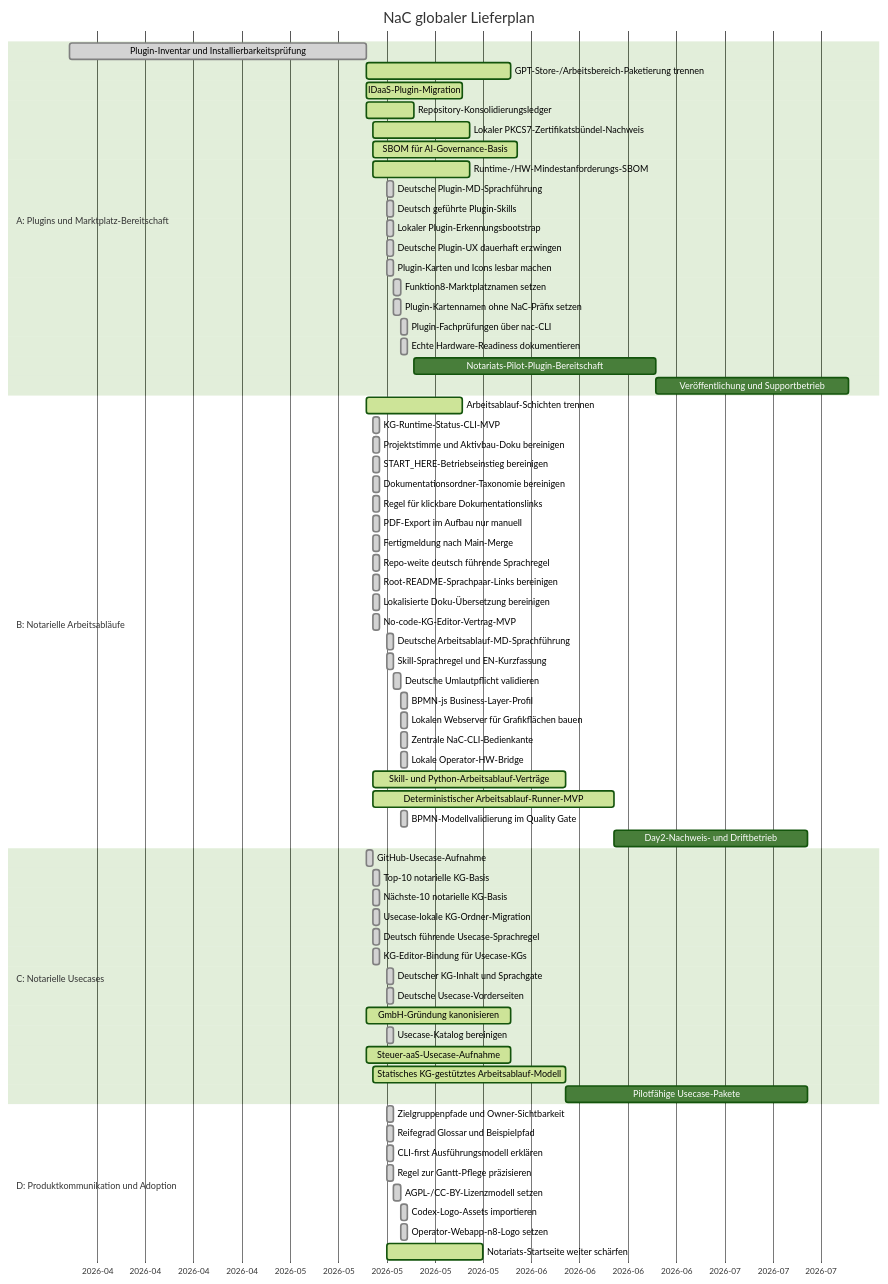
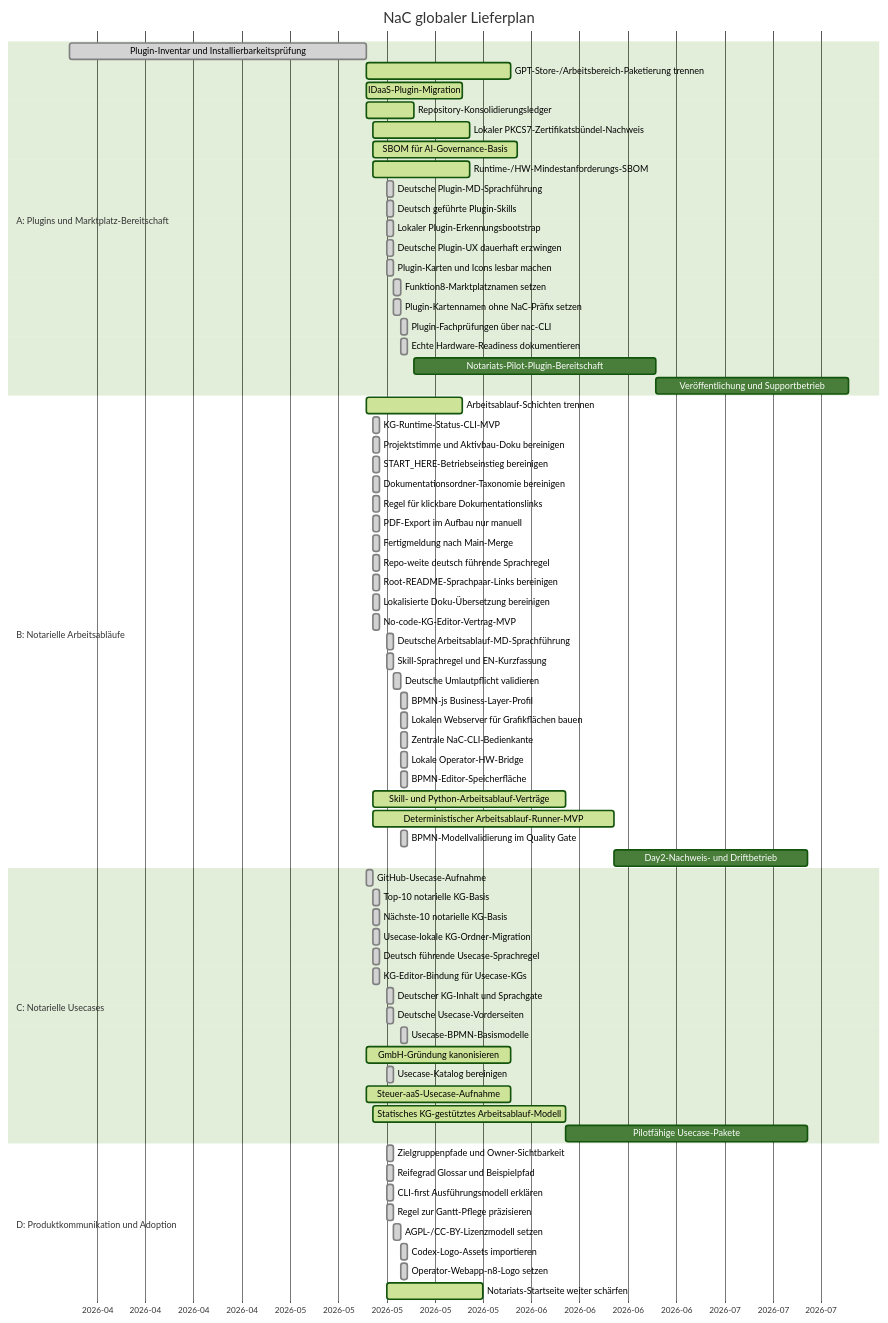
The diagram in roadmap/GANTT.md (notariat8/NaC), drawn with Mermaid (forest theme) before and after one commit. The commit also changed other lines of this file and 43 other files, not shown here.

Commit message:
Add BPMN usecase editor workflow

````diff
--- a/roadmap/GANTT.md
+++ b/roadmap/GANTT.md
@@ -14,76 +14,78 @@
 ```mermaid
 gantt
     title NaC globaler Lieferplan
     dateFormat  YYYY-MM-DD
     axisFormat  %Y-%m
 
     section A: Plugins und Marktplatz-Bereitschaft
     Plugin-Inventar und Installierbarkeitsprüfung :done, a1, 2026-04-01, 2026-05-14
     GPT-Store-/Arbeitsbereich-Paketierung trennen :active, a2, 2026-05-14, 21d
     IDaaS-Plugin-Migration                       :active,  a3, 2026-05-14, 14d
     Repository-Konsolidierungsledger             :active,  a4, 2026-05-14, 7d
     Lokaler PKCS7-Zertifikatsbündel-Nachweis    :active,  a4a, 2026-05-15, 14d
     SBOM für AI-Governance-Basis                :active,  a4b, 2026-05-15, 21d
     Runtime-/HW-Mindestanforderungs-SBOM         :active,  a4c, 2026-05-15, 14d
     Deutsche Plugin-MD-Sprachführung            :done,    a4d, 2026-05-17, 1d
     Deutsch geführte Plugin-Skills              :done,    a4e, 2026-05-17, 1d
     Lokaler Plugin-Erkennungsbootstrap           :done,    a4f, 2026-05-17, 1d
     Deutsche Plugin-UX dauerhaft erzwingen       :done,    a4g, 2026-05-17, 1d
     Plugin-Karten und Icons lesbar machen        :done,    a4h, 2026-05-17, 1d
     Funktion8-Marktplatznamen setzen             :done,    a4i, 2026-05-18, 1d
     Plugin-Kartennamen ohne NaC-Präfix setzen    :done,    a4j, 2026-05-18, 1d
     Plugin-Fachprüfungen über nac-CLI            :done,    a4k, 2026-05-19, 1d
     Echte Hardware-Readiness dokumentieren       :done,    a4l, 2026-05-19, 1d
     Notariats-Pilot-Plugin-Bereitschaft          :         a5, after a4, 35d
     Veröffentlichung und Supportbetrieb         :         a6, after a5, 28d
 
     section B: Notarielle Arbeitsabläufe
     Arbeitsablauf-Schichten trennen              :active,  b1, 2026-05-14, 14d
     KG-Runtime-Status-CLI-MVP                    :done,    b1a, 2026-05-15, 1d
     Projektstimme und Aktivbau-Doku bereinigen   :done,    b1b, 2026-05-15, 1d
     START_HERE-Betriebseinstieg bereinigen       :done,    b1c, 2026-05-15, 1d
     Dokumentationsordner-Taxonomie bereinigen    :done,    b1d, 2026-05-15, 1d
     Regel für klickbare Dokumentationslinks     :done,    b1e, 2026-05-15, 1d
     PDF-Export im Aufbau nur manuell             :done,    b1f, 2026-05-15, 1d
     Fertigmeldung nach Main-Merge                :done,    b1g, 2026-05-15, 1d
     Repo-weite deutsch führende Sprachregel     :done,    b1h, 2026-05-15, 1d
     Root-README-Sprachpaar-Links bereinigen      :done,    b1i, 2026-05-15, 1d
     Lokalisierte Doku-Übersetzung bereinigen    :done,    b1j, 2026-05-15, 1d
     No-code-KG-Editor-Vertrag-MVP                :done,    b1k, 2026-05-15, 1d
     Deutsche Arbeitsablauf-MD-Sprachführung     :done,    b1l, 2026-05-17, 1d
     Skill-Sprachregel und EN-Kurzfassung         :done,    b1m, 2026-05-17, 1d
     Deutsche Umlautpflicht validieren            :done,    b1n, 2026-05-18, 1d
     BPMN-js Business-Layer-Profil                :done,    b1o, 2026-05-19, 1d
     Lokalen Webserver für Grafikflächen bauen   :done,    b1p, 2026-05-19, 1d
     Zentrale NaC-CLI-Bedienkante                 :done,    b1q, 2026-05-19, 1d
     Lokale Operator-HW-Bridge                    :done,    b1r, 2026-05-19, 1d
+    BPMN-Editor-Speicherfläche                   :done,    b1s, 2026-05-19, 1d
     Skill- und Python-Arbeitsablauf-Verträge    :active,  b2, 2026-05-15, 28d
     Deterministischer Arbeitsablauf-Runner-MVP   :active,  b3, 2026-05-15, 35d
     BPMN-Modellvalidierung im Quality Gate       :done,    b3a, 2026-05-19, 1d
     Day2-Nachweis- und Driftbetrieb              :         b4, after b3, 28d
 
     section C: Notarielle Usecases
     GitHub-Usecase-Aufnahme                      :done,    c1, 2026-05-14, 1d
     Top-10 notarielle KG-Basis                   :done,    c2, 2026-05-15, 1d
     Nächste-10 notarielle KG-Basis              :done,    c3, 2026-05-15, 1d
     Usecase-lokale KG-Ordner-Migration           :done,    c3a, 2026-05-15, 1d
     Deutsch führende Usecase-Sprachregel        :done,    c3b, 2026-05-15, 1d
     KG-Editor-Bindung für Usecase-KGs           :done,    c3c, 2026-05-15, 1d
     Deutscher KG-Inhalt und Sprachgate           :done,    c3d, 2026-05-17, 1d
     Deutsche Usecase-Vorderseiten                :done,    c3e, 2026-05-17, 1d
+    Usecase-BPMN-Basismodelle                    :done,    c3f, 2026-05-19, 1d
     GmbH-Gründung kanonisieren                  :active,  c4, 2026-05-14, 21d
     Usecase-Katalog bereinigen                 :done,    c5, 2026-05-17, 1d
     Steuer-aaS-Usecase-Aufnahme                  :active,  c6, 2026-05-14, 21d
     Statisches KG-gestütztes Arbeitsablauf-Modell :active, c7, 2026-05-15, 28d
     Pilotfähige Usecase-Pakete                  :         c8, after c7, 35d
 
     section D: Produktkommunikation und Adoption
     Zielgruppenpfade und Owner-Sichtbarkeit      :done,    d1, 2026-05-17, 1d
     Reifegrad Glossar und Beispielpfad           :done,    d1a, 2026-05-17, 1d
     CLI-first Ausführungsmodell erklären       :done,    d1b, 2026-05-17, 1d
     Regel zur Gantt-Pflege präzisieren         :done,    d1c, 2026-05-17, 1d
     AGPL-/CC-BY-Lizenzmodell setzen              :done,    d1d, 2026-05-18, 1d
     Codex-Logo-Assets importieren                :done,    d1e, 2026-05-19, 1d
     Operator-Webapp-n8-Logo setzen               :done,    d1f, 2026-05-19, 1d
     Notariats-Startseite weiter schärfen        :active,  d2, 2026-05-17, 14d
 ```
````
